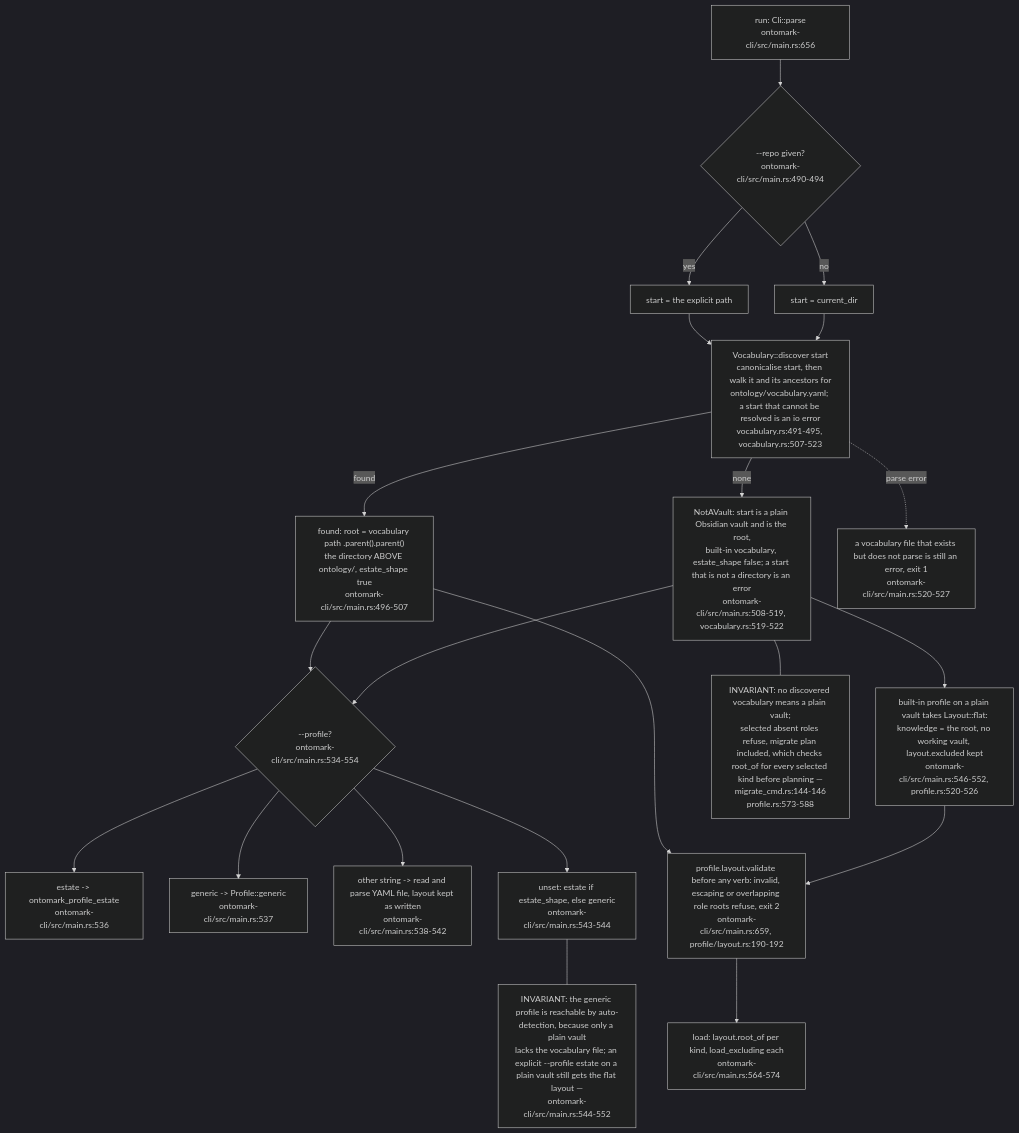
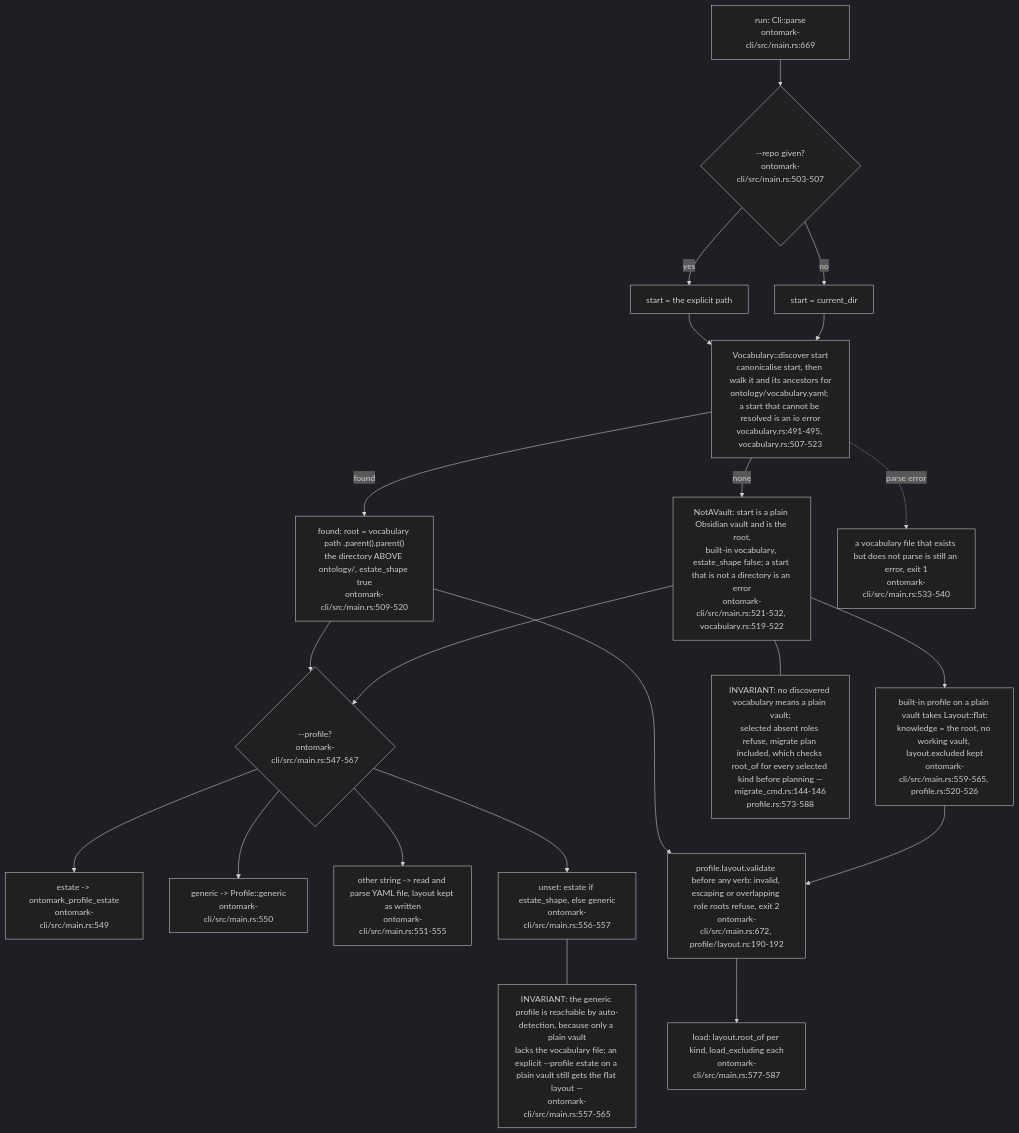
Before and after one commit to DreamLab-AI/VisionFlow: the fourth of 6 diagrams in docs/diagrams/ontomark/05-cli-commands-vault-selector-and-exit-codes.md, drawn with Mermaid (dark theme). The commit also changed other lines of this file and 70 other files, not shown here.

First line of the commit message:
docs(diagrams): re-verify 69 topics at current default-branch heads

````diff
--- a/docs/diagrams/ontomark/05-cli-commands-vault-selector-and-exit-codes.md
+++ b/docs/diagrams/ontomark/05-cli-commands-vault-selector-and-exit-codes.md
@@ -158,41 +160,41 @@
 ```mermaid
 flowchart TD
-    START["run: Cli::parse<br/>ontomark-cli/src/main.rs:656"]
-    EXPL{"--repo given?<br/>ontomark-cli/src/main.rs:490-494"}
+    START["run: Cli::parse<br/>ontomark-cli/src/main.rs:669"]
+    EXPL{"--repo given?<br/>ontomark-cli/src/main.rs:503-507"}
     P1["start = the explicit path"]
     P2["start = current_dir"]
     DISC["Vocabulary::discover start<br/>canonicalise start, then walk it and its ancestors for<br/>ontology/vocabulary.yaml; a start that cannot be resolved is an io error<br/>vocabulary.rs:491-495, vocabulary.rs:507-523"]
-    ESTATE["found: root = vocabulary path .parent().parent()<br/>the directory ABOVE ontology/, estate_shape true<br/>ontomark-cli/src/main.rs:496-507"]
-    PLAIN["NotAVault: start is a plain Obsidian vault and is the root,<br/>built-in vocabulary, estate_shape false; a start that is not a directory is an error<br/>ontomark-cli/src/main.rs:508-519, vocabulary.rs:519-522"]
-    BADV["a vocabulary file that exists but does not parse is still an error, exit 1<br/>ontomark-cli/src/main.rs:520-527"]
-    PROF{"--profile?<br/>ontomark-cli/src/main.rs:534-554"}
-    EST["estate -> ontomark_profile_estate<br/>ontomark-cli/src/main.rs:536"]
-    GEN["generic -> Profile::generic<br/>ontomark-cli/src/main.rs:537"]
-    YAML["other string -> read and parse YAML file, layout kept as written<br/>ontomark-cli/src/main.rs:538-542"]
-    AUTO["unset: estate if estate_shape, else generic<br/>ontomark-cli/src/main.rs:543-544"]
-    FLAT["built-in profile on a plain vault takes Layout::flat:<br/>knowledge = the root, no working vault, layout.excluded kept<br/>ontomark-cli/src/main.rs:546-552, profile.rs:520-526"]
-    LCHK["profile.layout.validate before any verb: invalid, escaping or overlapping role roots refuse, exit 2<br/>ontomark-cli/src/main.rs:659, profile/layout.rs:190-192"]
-    LOAD["load: layout.root_of per kind, load_excluding each<br/>ontomark-cli/src/main.rs:564-574"]
+    ESTATE["found: root = vocabulary path .parent().parent()<br/>the directory ABOVE ontology/, estate_shape true<br/>ontomark-cli/src/main.rs:509-520"]
+    PLAIN["NotAVault: start is a plain Obsidian vault and is the root,<br/>built-in vocabulary, estate_shape false; a start that is not a directory is an error<br/>ontomark-cli/src/main.rs:521-532, vocabulary.rs:519-522"]
+    BADV["a vocabulary file that exists but does not parse is still an error, exit 1<br/>ontomark-cli/src/main.rs:533-540"]
+    PROF{"--profile?<br/>ontomark-cli/src/main.rs:547-567"}
+    EST["estate -> ontomark_profile_estate<br/>ontomark-cli/src/main.rs:549"]
+    GEN["generic -> Profile::generic<br/>ontomark-cli/src/main.rs:550"]
+    YAML["other string -> read and parse YAML file, layout kept as written<br/>ontomark-cli/src/main.rs:551-555"]
+    AUTO["unset: estate if estate_shape, else generic<br/>ontomark-cli/src/main.rs:556-557"]
+    FLAT["built-in profile on a plain vault takes Layout::flat:<br/>knowledge = the root, no working vault, layout.excluded kept<br/>ontomark-cli/src/main.rs:559-565, profile.rs:520-526"]
+    LCHK["profile.layout.validate before any verb: invalid, escaping or overlapping role roots refuse, exit 2<br/>ontomark-cli/src/main.rs:672, profile/layout.rs:190-192"]
+    LOAD["load: layout.root_of per kind, load_excluding each<br/>ontomark-cli/src/main.rs:577-587"]
     START --> EXPL
     EXPL -->|yes| P1
     EXPL -->|no| P2
     P1 --> DISC
     P2 --> DISC
     DISC -->|found| ESTATE
     DISC -->|none| PLAIN
     DISC -.->|parse error| BADV
     ESTATE --> PROF
     PLAIN --> PROF
     PROF --> EST
     PROF --> GEN
     PROF --> YAML
     PROF --> AUTO
     PLAIN --> FLAT
     ESTATE --> LCHK
     FLAT --> LCHK
     LCHK --> LOAD
     n1["INVARIANT: no discovered vocabulary means a plain vault;<br/>selected absent roles refuse, migrate plan included, which checks root_of for every selected kind before planning —<br/>migrate_cmd.rs:144-146<br/>profile.rs:573-588"]
-    n2["INVARIANT: the generic profile is reachable by auto-detection, because only a plain vault<br/>lacks the vocabulary file; an explicit --profile estate on a plain vault still gets the flat layout —<br/>ontomark-cli/src/main.rs:544-552"]
+    n2["INVARIANT: the generic profile is reachable by auto-detection, because only a plain vault<br/>lacks the vocabulary file; an explicit --profile estate on a plain vault still gets the flat layout —<br/>ontomark-cli/src/main.rs:557-565"]
     PLAIN --- n1
     AUTO --- n2
 ```
````
